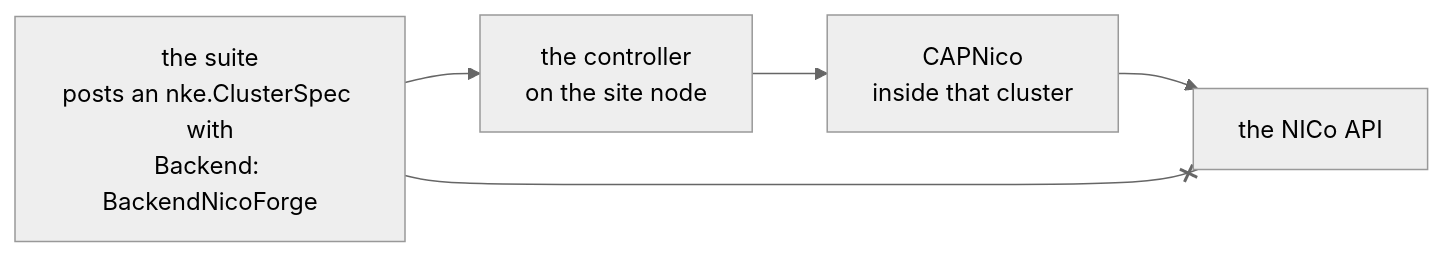
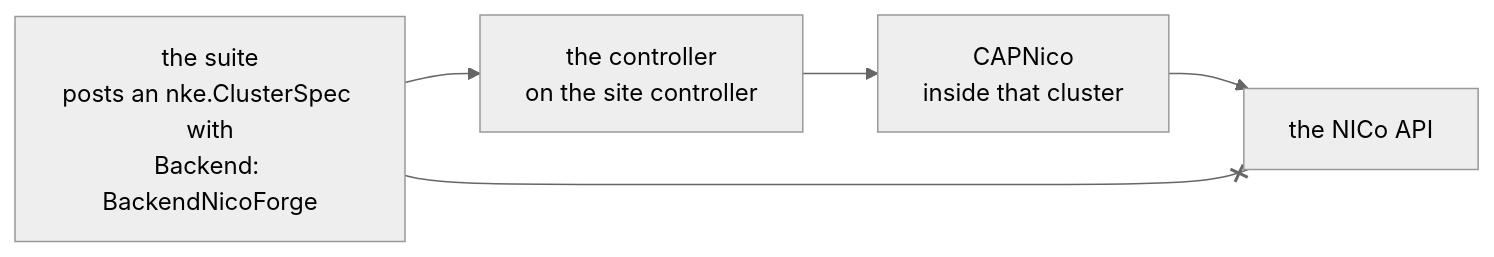
Before and after one commit to dsx-ai-factory/nvke: the fourth of 5 diagrams in docs/qualification/hardware-lane.md, drawn with Mermaid (neutral theme).

````diff
--- a/docs/qualification/hardware-lane.md
+++ b/docs/qualification/hardware-lane.md
@@ -227,7 +227,7 @@
 ```mermaid
 flowchart LR
-    SUITE["the suite<br/>posts an nke.ClusterSpec with<br/>Backend: BackendNicoForge"] --> CTRL["the controller<br/>on the site node"]
+    SUITE["the suite<br/>posts an nke.ClusterSpec with<br/>Backend: BackendNicoForge"] --> CTRL["the controller<br/>on the site controller"]
     CTRL --> CAPN["CAPNico<br/>inside that cluster"]
     CAPN --> NICO["the NICo API"]
     SUITE --x NICO
 ```
````
